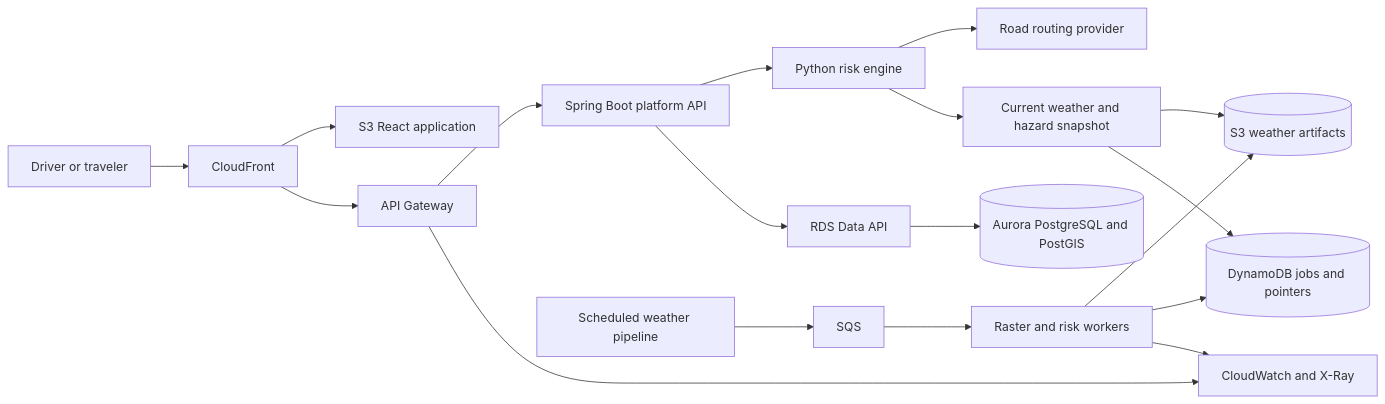
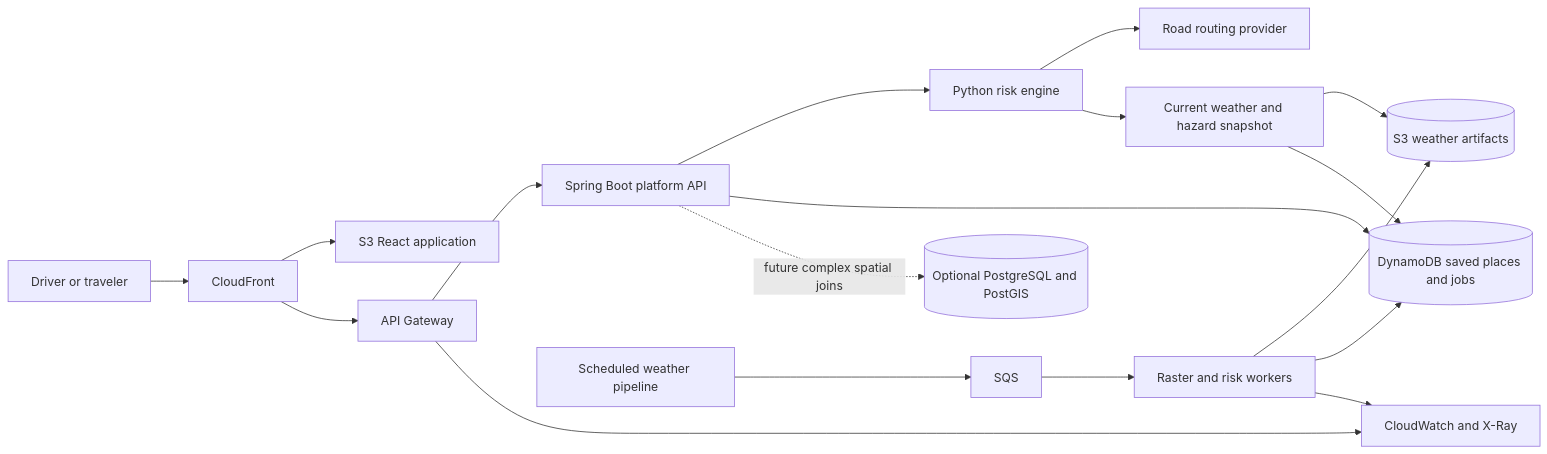
Before and after one commit to signalgap9-del/peachtree-dispatch: the diagram in docs/architecture.md, drawn with Mermaid. The commit also changed other lines of this file and 9 other files, not shown here.

````diff
--- a/docs/architecture.md
+++ b/docs/architecture.md
@@ -31,20 +31,20 @@
 ```mermaid
 flowchart LR
     User[Driver or traveler] --> Edge[CloudFront]
     Edge --> Web[S3 React application]
     Edge --> Api[API Gateway]
     Api --> Platform[Spring Boot platform API]
     Platform --> Risk[Python risk engine]
     Risk --> Roads[Road routing provider]
     Risk --> Snapshot[Current weather and hazard snapshot]
-    Platform --> DataAPI[RDS Data API]
-    DataAPI --> PostGIS[(Aurora PostgreSQL and PostGIS)]
+    Platform --> Ops[(DynamoDB saved places and jobs)]
+    Platform -. future complex spatial joins .-> PostGIS[(Optional PostgreSQL and PostGIS)]
     Pipeline[Scheduled weather pipeline] --> Queue[SQS]
     Queue --> Worker[Raster and risk workers]
     Worker --> Objects[(S3 weather artifacts)]
-    Worker --> Ops[(DynamoDB jobs and pointers)]
+    Worker --> Ops
     Snapshot --> Objects
     Snapshot --> Ops
     Api --> Observability[CloudWatch and X-Ray]
     Worker --> Observability
 ```
````
